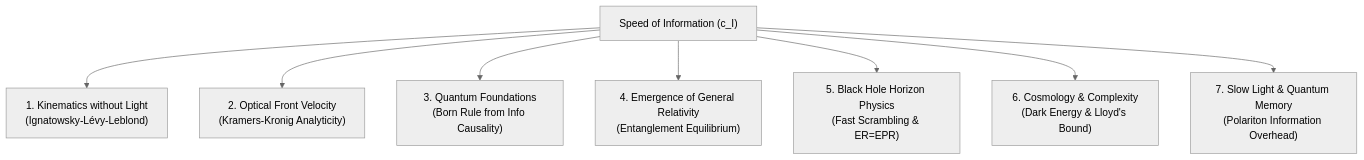
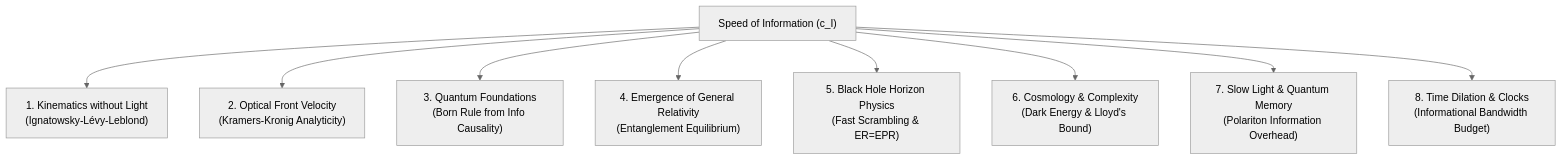
One commit to stefanhhertel-boop/SpeedOfInformation changed the diagram in paper/Executive_Summary_Speed_of_Information.md. Above: the diagram before and after it, drawn with Mermaid (neutral theme). The commit also changed other lines of this file and 10 other files, not shown here.

Commit message:
Add Time Dilation as Conservation of Informational Bandwidth (Treatise, Fig 22, Sim Suite 7, & recompiled PDFs)

````diff
--- a/paper/Executive_Summary_Speed_of_Information.md
+++ b/paper/Executive_Summary_Speed_of_Information.md
@@ -34,10 +34,11 @@
 ```mermaid
 graph TD
     A["Speed of Information (c_I)"] --> B["1. Kinematics without Light<br>(Ignatowsky-Lévy-Leblond)"]
     A --> C["2. Optical Front Velocity<br>(Kramers-Kronig Analyticity)"]
     A --> D["3. Quantum Foundations<br>(Born Rule from Info Causality)"]
     A --> E["4. Emergence of General Relativity<br>(Entanglement Equilibrium)"]
     A --> F["5. Black Hole Horizon Physics<br>(Fast Scrambling & ER=EPR)"]
     A --> G["6. Cosmology & Complexity<br>(Dark Energy & Lloyd's Bound)"]
     A --> H["7. Slow Light & Quantum Memory<br>(Polariton Information Overhead)"]
+    A --> I["8. Time Dilation & Clocks<br>(Informational Bandwidth Budget)"]
 ```
````
